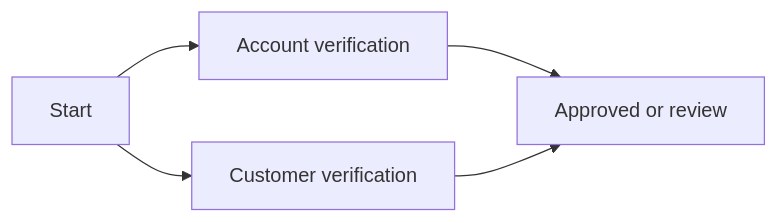
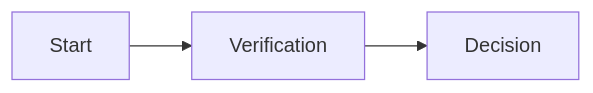
The diagram in mcp-pack/guides/en/guides/kyc.md (CBpayapp/cbpay-docs), drawn with Mermaid before and after one commit. The commit also changed other lines of this file and 36 other files, not shown here.

````diff
--- a/mcp-pack/guides/en/guides/kyc.md
+++ b/mcp-pack/guides/en/guides/kyc.md
@@ -10,7 +14,4 @@
 ```mermaid
 flowchart LR
-  A[Start] --> B[Account verification]
-  A --> C[Customer verification]
-  B --> D[Approved or review]
-  C --> D
+ A[Start] --> B[Verification] --> C[Decision]
 ```
````
